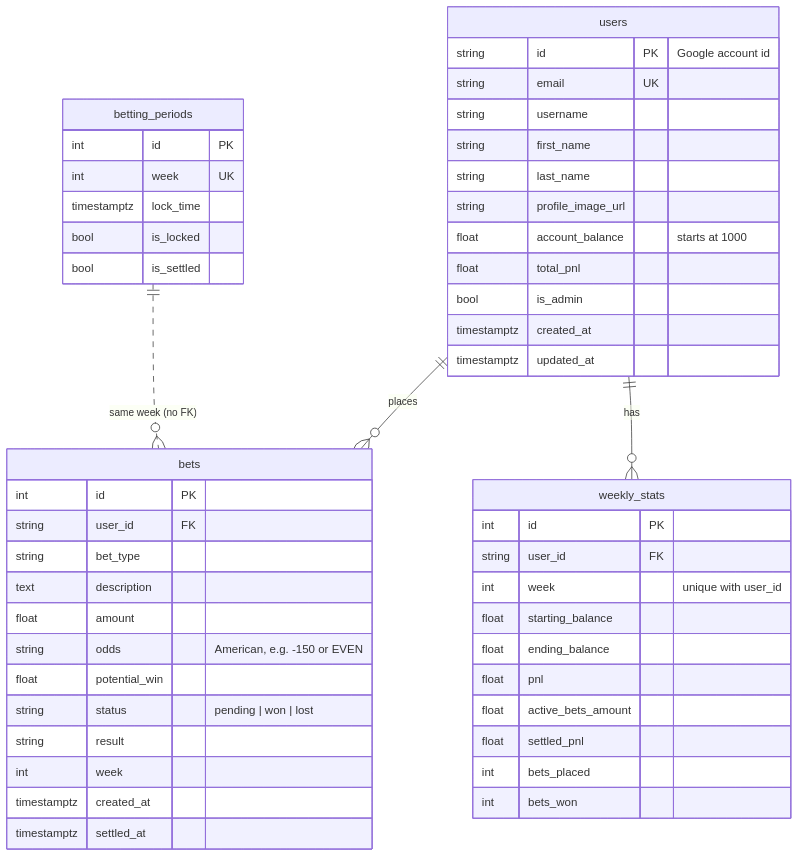
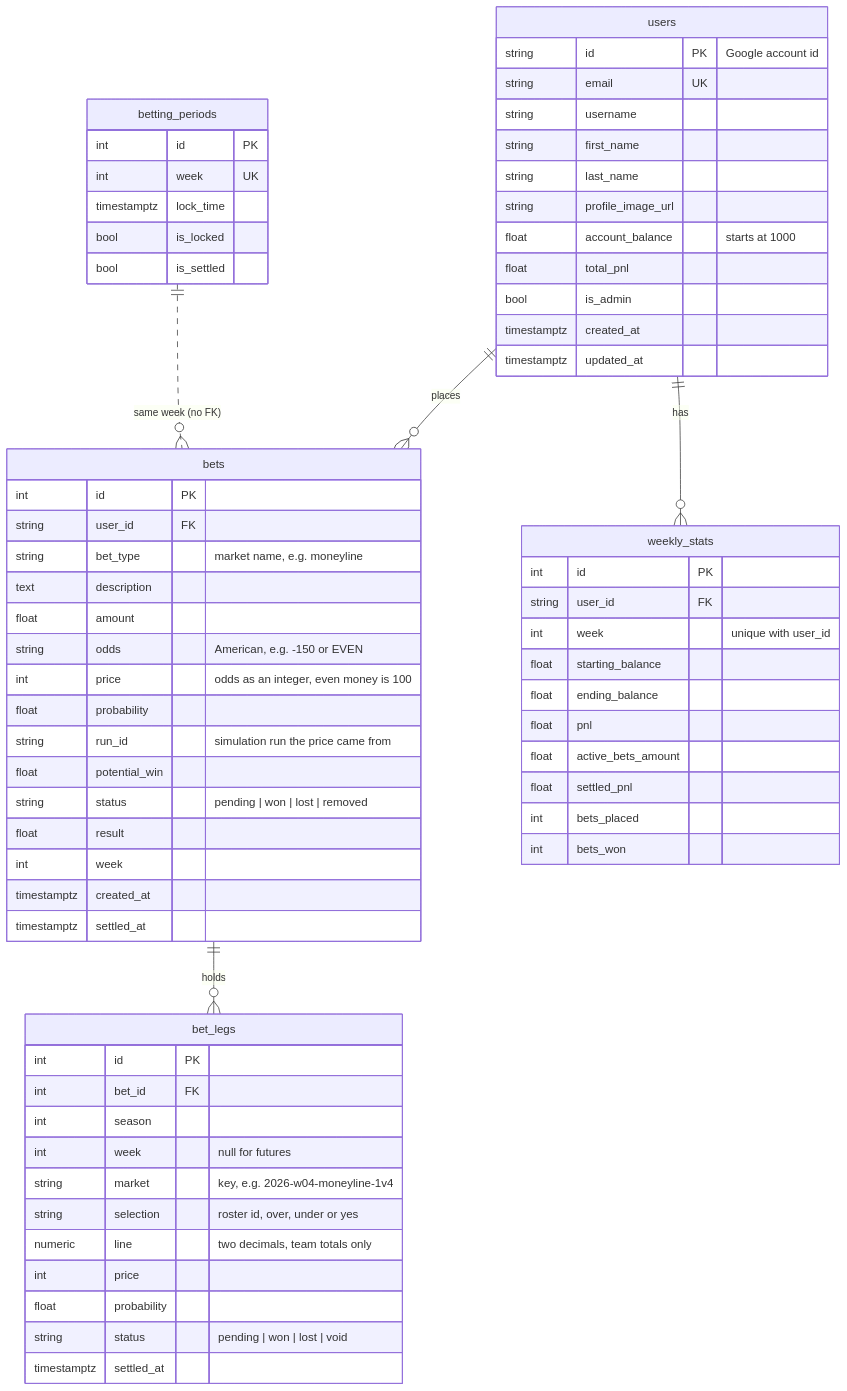
The second of 3 diagrams in docs/architecture/04-data-model.md (sfaizi24/TNCasino), drawn with Mermaid before and after one commit. The commit also changed other lines of this file and 3 other files, not shown here.

First line of the commit message:
Describe structured bets, market keys and the Futures tab in the architecture docs

````diff
--- a/docs/architecture/04-data-model.md
+++ b/docs/architecture/04-data-model.md
@@ -104,53 +104,70 @@
 ```mermaid
 erDiagram
     users ||--o{ bets : places
     users ||--o{ weekly_stats : has
+    bets ||--o{ bet_legs : holds
     betting_periods ||..o{ bets : "same week (no FK)"
 
     users {
         string id PK "Google account id"
         string email UK
         string username
         string first_name
         string last_name
         string profile_image_url
         float account_balance "starts at 1000"
         float total_pnl
         bool is_admin
         timestamptz created_at
         timestamptz updated_at
     }
     bets {
         int id PK
         string user_id FK
-        string bet_type
+        string bet_type "market name, e.g. moneyline"
         text description
         float amount
         string odds "American, e.g. -150 or EVEN"
+        int price "odds as an integer, even money is 100"
+        float probability
+        string run_id "simulation run the price came from"
         float potential_win
-        string status "pending | won | lost"
-        string result
+        string status "pending | won | lost | removed"
+        float result
         int week
         timestamptz created_at
+        timestamptz settled_at
+    }
+    bet_legs {
+        int id PK
+        int bet_id FK
+        int season
+        int week "null for futures"
+        string market "key, e.g. 2026-w04-moneyline-1v4"
+        string selection "roster id, over, under or yes"
+        numeric line "two decimals, team totals only"
+        int price
+        float probability
+        string status "pending | won | lost | void"
         timestamptz settled_at
     }
     weekly_stats {
         int id PK
         string user_id FK
         int week "unique with user_id"
         float starting_balance
         float ending_balance
         float pnl
         float active_bets_amount
         float settled_pnl
         int bets_placed
         int bets_won
     }
     betting_periods {
         int id PK
         int week UK
         timestamptz lock_time
         bool is_locked
         bool is_settled
     }
 ```
````
